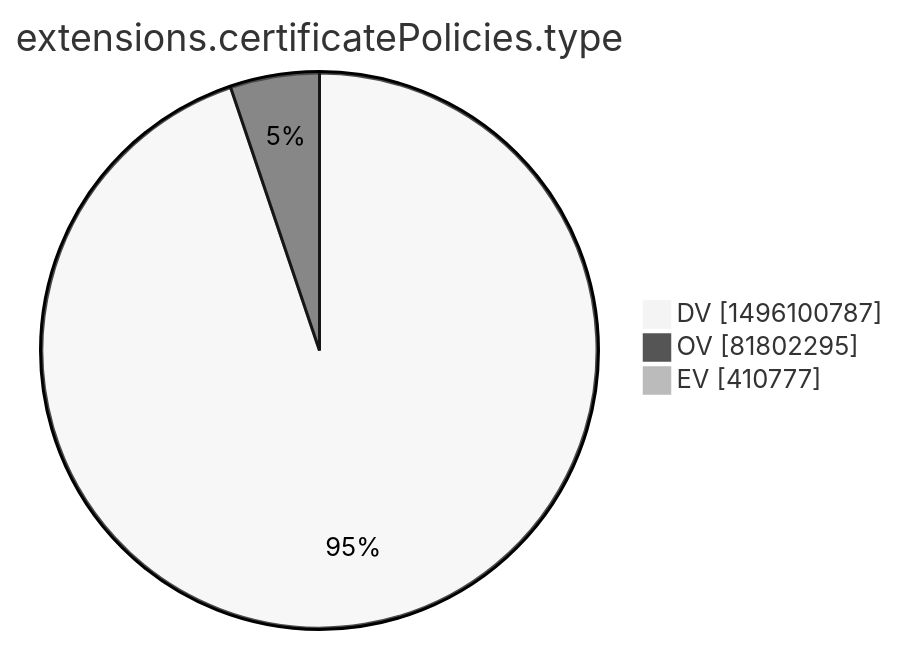
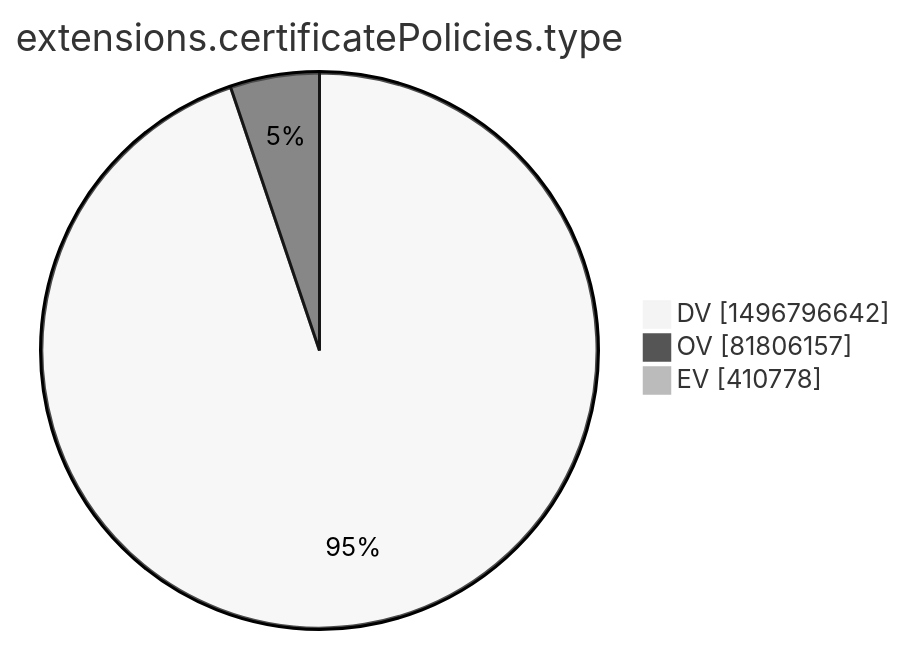
One commit to christiankrug/ctmonitor_visualization changed the tenth of 15 diagrams in xenon2022/README.md. Above: the diagram before and after it, drawn with Mermaid (neutral theme). The commit also changed other lines of this file, not shown here.

````diff
--- a/xenon2022/README.md
+++ b/xenon2022/README.md
@@ -2874,7 +2874,7 @@
 ```mermaid
 pie showData
 title extensions.certificatePolicies.type
-"DV" :1496100787
-"OV" :81802295
-"EV" :410777
+"DV" :1496796642
+"OV" :81806157
+"EV" :410778
 ```
````
